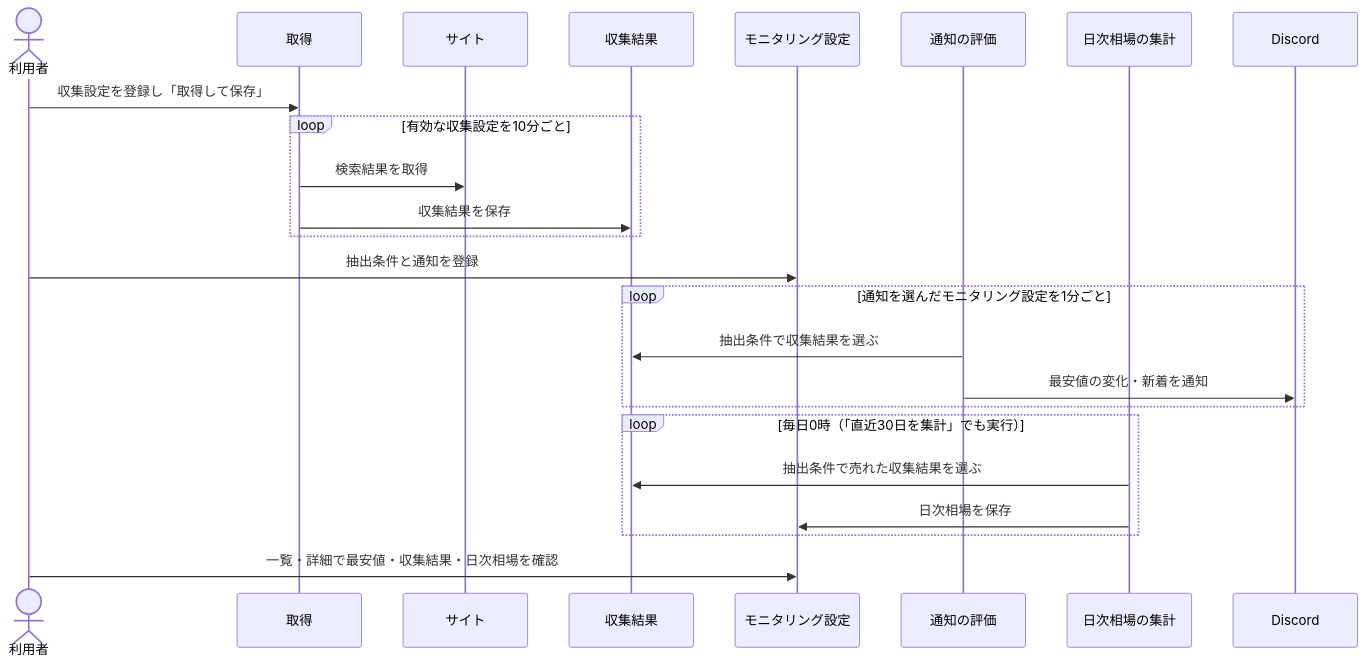
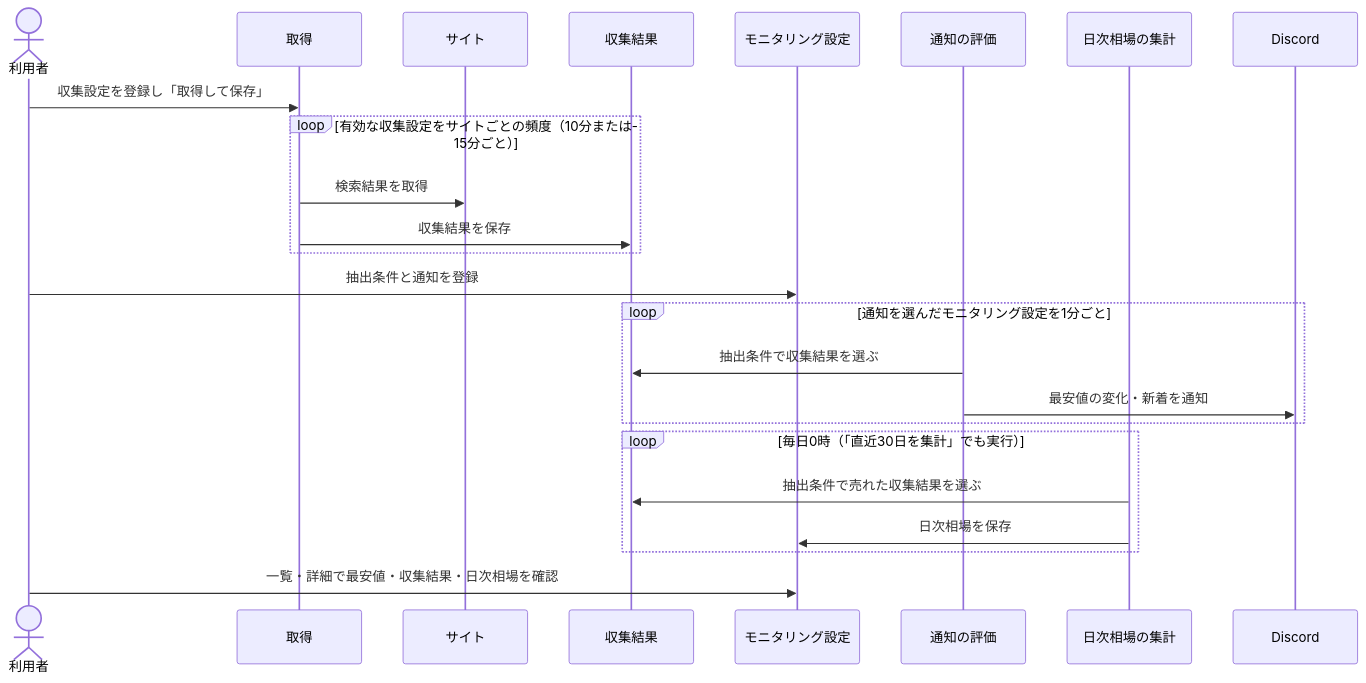
One commit to kuroweb/price-monitoring changed the first of 2 diagrams in docs/features/product-monitoring/operations.md. Above: the diagram before and after it, drawn with Mermaid. The commit also changed other lines of this file and 4 other files, not shown here.

````diff
--- a/docs/features/product-monitoring/operations.md
+++ b/docs/features/product-monitoring/operations.md
@@ -7,26 +7,26 @@
 ```mermaid
 sequenceDiagram
     actor user as 利用者
     participant crawl as 取得
     participant site as サイト
     participant result as 収集結果
     participant monitor as モニタリング設定
     participant notify as 通知の評価
     participant daily as 日次相場の集計
     participant discord as Discord
     user->>crawl: 収集設定を登録し「取得して保存」
-    loop 有効な収集設定を10分ごと
+    loop 有効な収集設定をサイトごとの頻度（10分または15分ごと）
         crawl->>site: 検索結果を取得
         crawl->>result: 収集結果を保存
     end
     user->>monitor: 抽出条件と通知を登録
     loop 通知を選んだモニタリング設定を1分ごと
         notify->>result: 抽出条件で収集結果を選ぶ
         notify->>discord: 最安値の変化・新着を通知
     end
     loop 毎日0時（「直近30日を集計」でも実行）
         daily->>result: 抽出条件で売れた収集結果を選ぶ
         daily->>monitor: 日次相場を保存
     end
     user->>monitor: 一覧・詳細で最安値・収集結果・日次相場を確認
 ```
````
